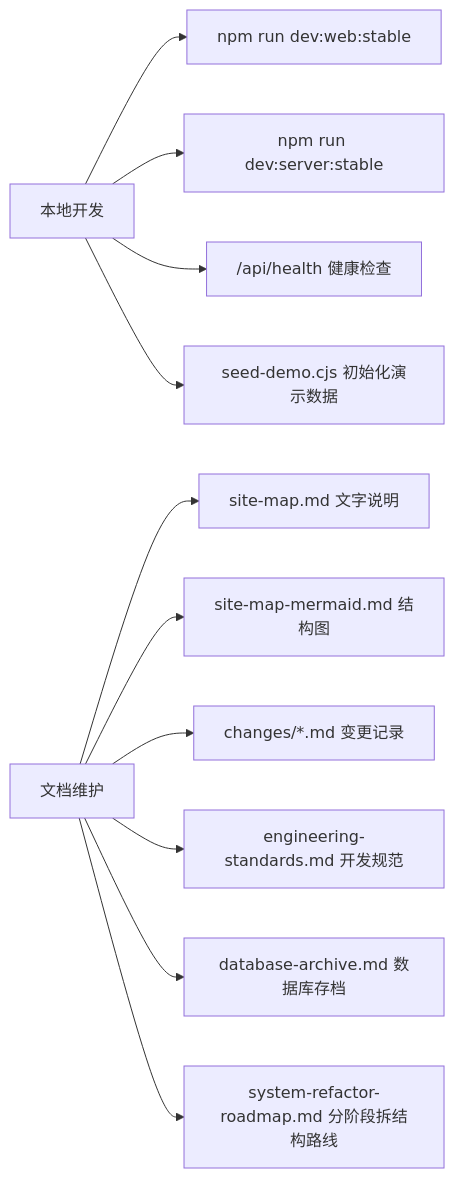
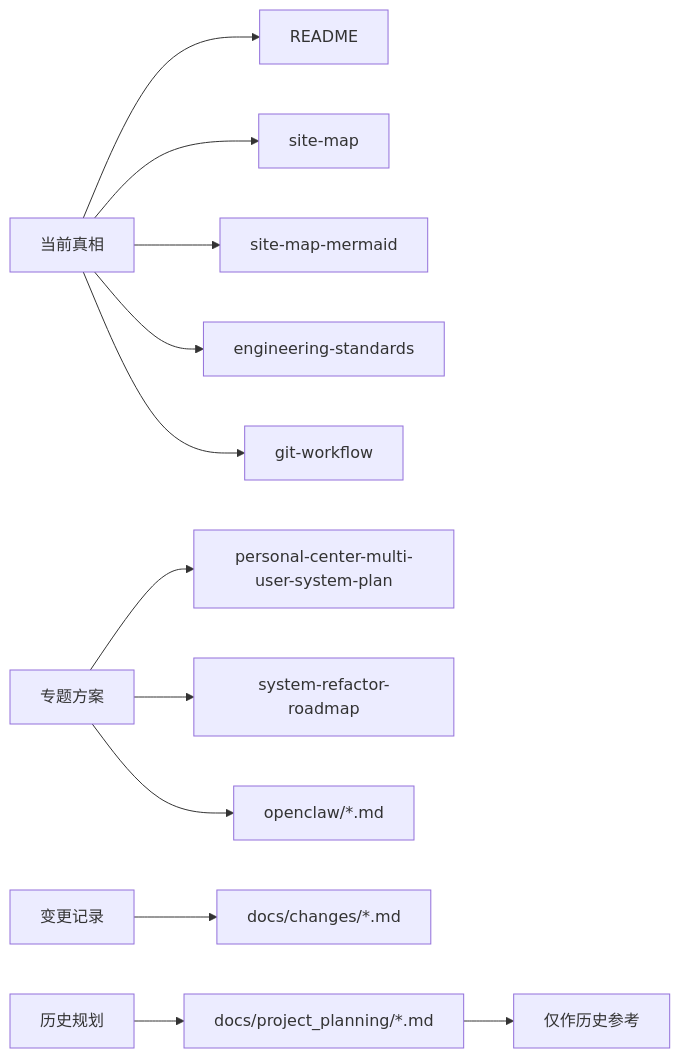
One commit to Depthukesh/ai-omni-ops-system changed the fifth of 5 diagrams in docs/site-map-mermaid.md. Above: the diagram before and after it, drawn with Mermaid. The commit also changed other lines of this file and 71 other files, not shown here.

````diff
--- a/docs/site-map-mermaid.md
+++ b/docs/site-map-mermaid.md
@@ -832,16 +171,22 @@
 ```mermaid
 flowchart LR
-    Dev["本地开发"]
-    Dev --> W1["npm run dev:web:stable"]
-    Dev --> W2["npm run dev:server:stable"]
-    Dev --> W3["/api/health 健康检查"]
-    Dev --> W4["seed-demo.cjs 初始化演示数据"]
+    A["当前真相"]
+    B["专题方案"]
+    C["变更记录"]
+    D["历史规划"]
 
-    Docs["文档维护"]
-    Docs --> D1["site-map.md 文字说明"]
-    Docs --> D2["site-map-mermaid.md 结构图"]
-    Docs --> D3["changes/*.md 变更记录"]
-    Docs --> D4["engineering-standards.md 开发规范"]
-    Docs --> D5["database-archive.md 数据库存档"]
-    Docs --> D6["system-refactor-roadmap.md 分阶段拆结构路线"]
+    A --> A1["README"]
+    A --> A2["site-map"]
+    A --> A3["site-map-mermaid"]
+    A --> A4["engineering-standards"]
+    A --> A5["git-workflow"]
+
+    B --> B1["personal-center-multi-user-system-plan"]
+    B --> B2["system-refactor-roadmap"]
+    B --> B3["openclaw/*.md"]
+
+    C --> C1["docs/changes/*.md"]
+
+    D --> D1["docs/project_planning/*.md"]
+    D1 --> D2["仅作历史参考"]
 ```
````
